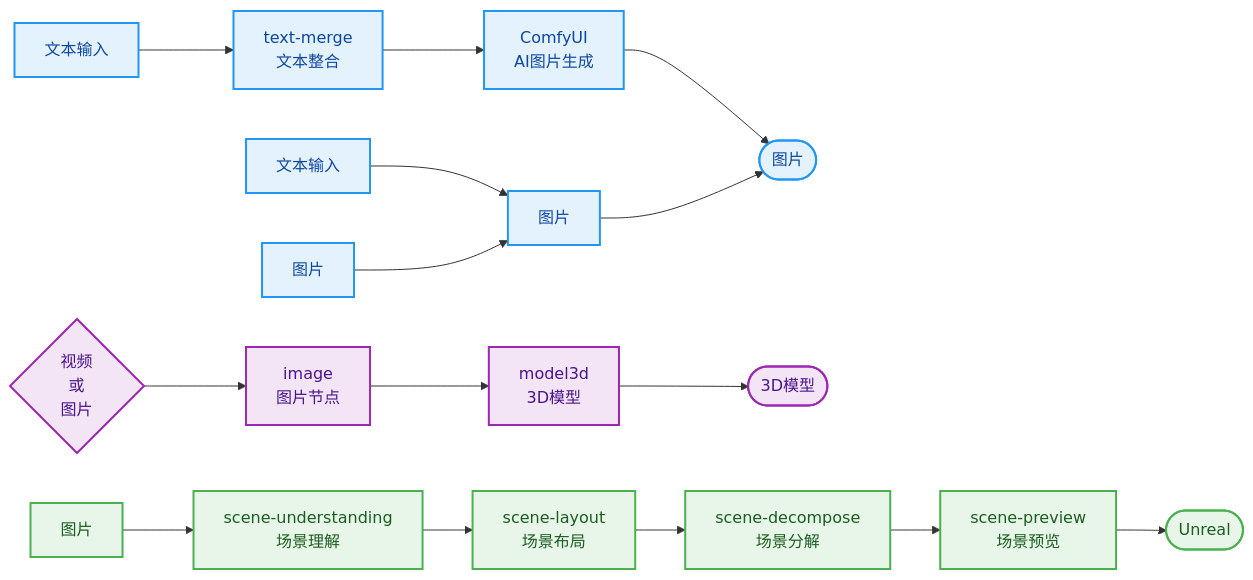
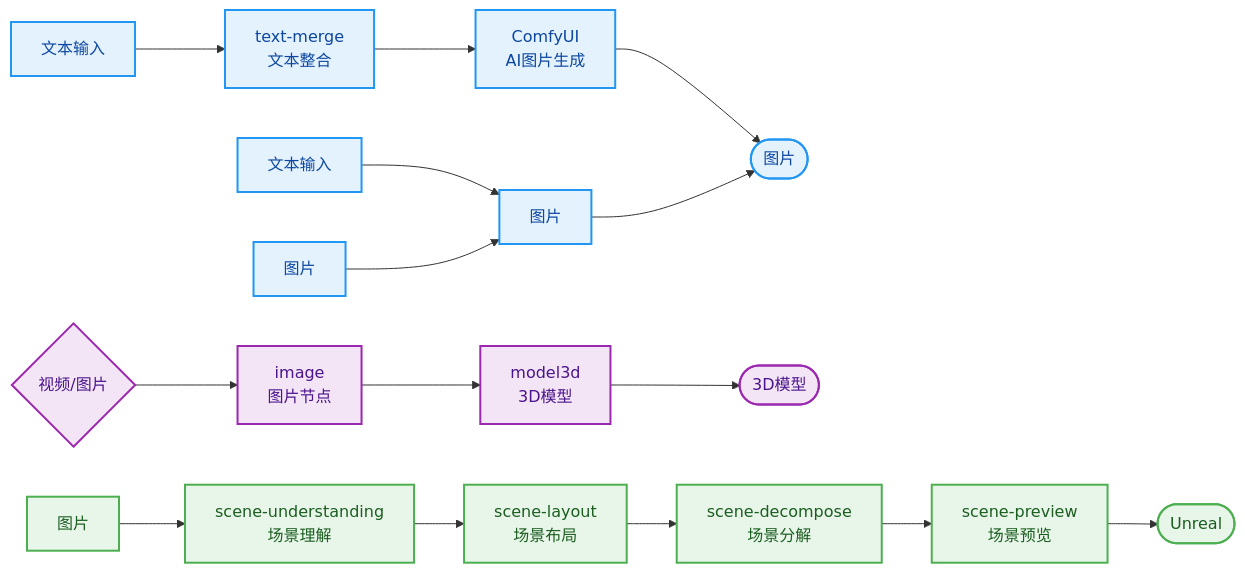
Before and after one commit to 412845222/DVStudio: the first of 2 diagrams in README.md, drawn with Mermaid. The commit also changed other lines of this file and 14 other files, not shown here.

````diff
--- a/README.md
+++ b/README.md
@@ -47,15 +52,15 @@
 ```mermaid
 flowchart LR
     classDef img fill:#e3f2fd,stroke:#2196f3,color:#0d47a1,stroke-width:2px
     classDef m3d fill:#f3e5f5,stroke:#9c27b0,color:#4a148c,stroke-width:2px
     classDef scn fill:#e8f5e9,stroke:#4caf50,color:#1b5e20,stroke-width:2px
 
-    A1[文本输入]:::img --> B1[text-merge<br/>文本整合]:::img --> C1[ComfyUI<br/>AI图片生成]:::img --> E1([图片]):::img
+    A1[文本输入]:::img --> B1["text-merge<br/>文本整合"]:::img --> C1["ComfyUI<br/>AI图片生成"]:::img --> E1([图片]):::img
     A2[文本输入]:::img --> D1[图片]:::img
     A3[图片]:::img --> D1
     D1 --> E1
 
-    F1{视频<br/>或<br/>图片}:::m3d --> G1[image<br/>图片节点]:::m3d --> H1[model3d<br/>3D模型]:::m3d --> I1([3D模型]):::m3d
+    F1{视频/图片}:::m3d --> G1["image<br/>图片节点"]:::m3d --> H1["model3d<br/>3D模型"]:::m3d --> I1([3D模型]):::m3d
 
-    J1[图片]:::scn --> K1[scene-understanding<br/>场景理解]:::scn --> L1[scene-layout<br/>场景布局]:::scn --> M1[scene-decompose<br/>场景分解]:::scn --> N1[scene-preview<br/>场景预览]:::scn --> O1([Unreal]):::scn
+    J1[图片]:::scn --> K1["scene-understanding<br/>场景理解"]:::scn --> L1["scene-layout<br/>场景布局"]:::scn --> M1["scene-decompose<br/>场景分解"]:::scn --> N1["scene-preview<br/>场景预览"]:::scn --> O1([Unreal]):::scn
 ```
````
